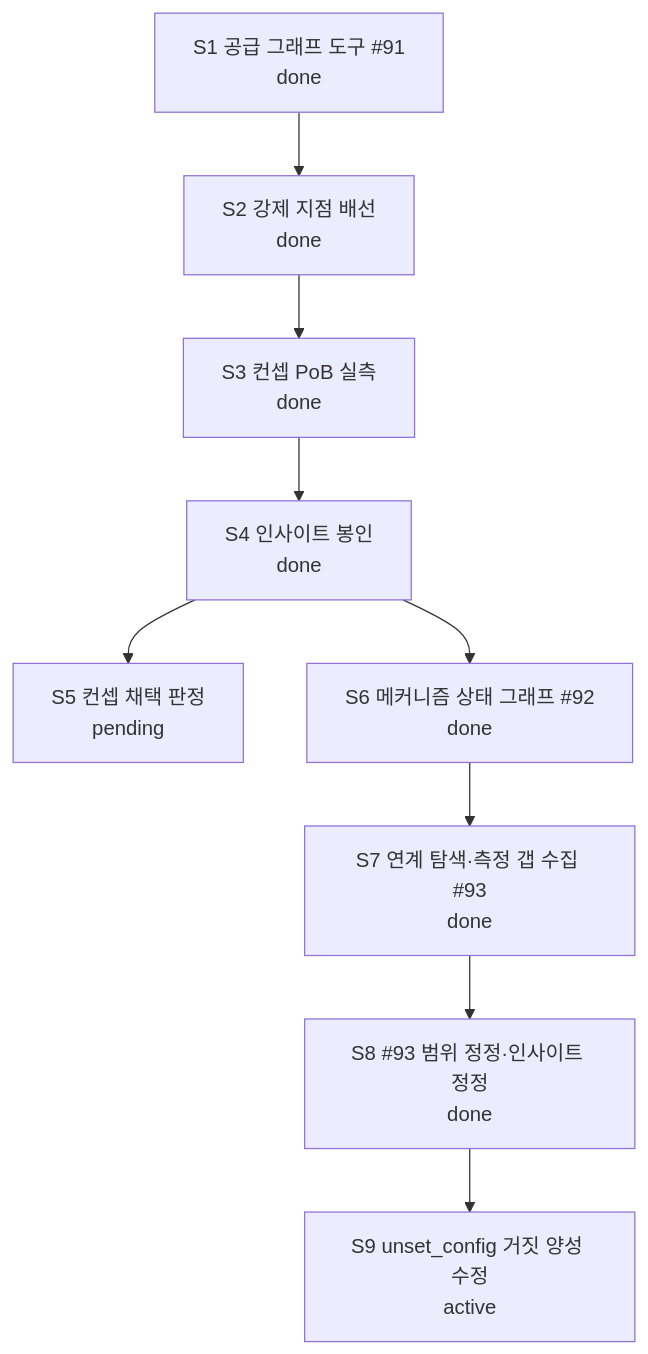
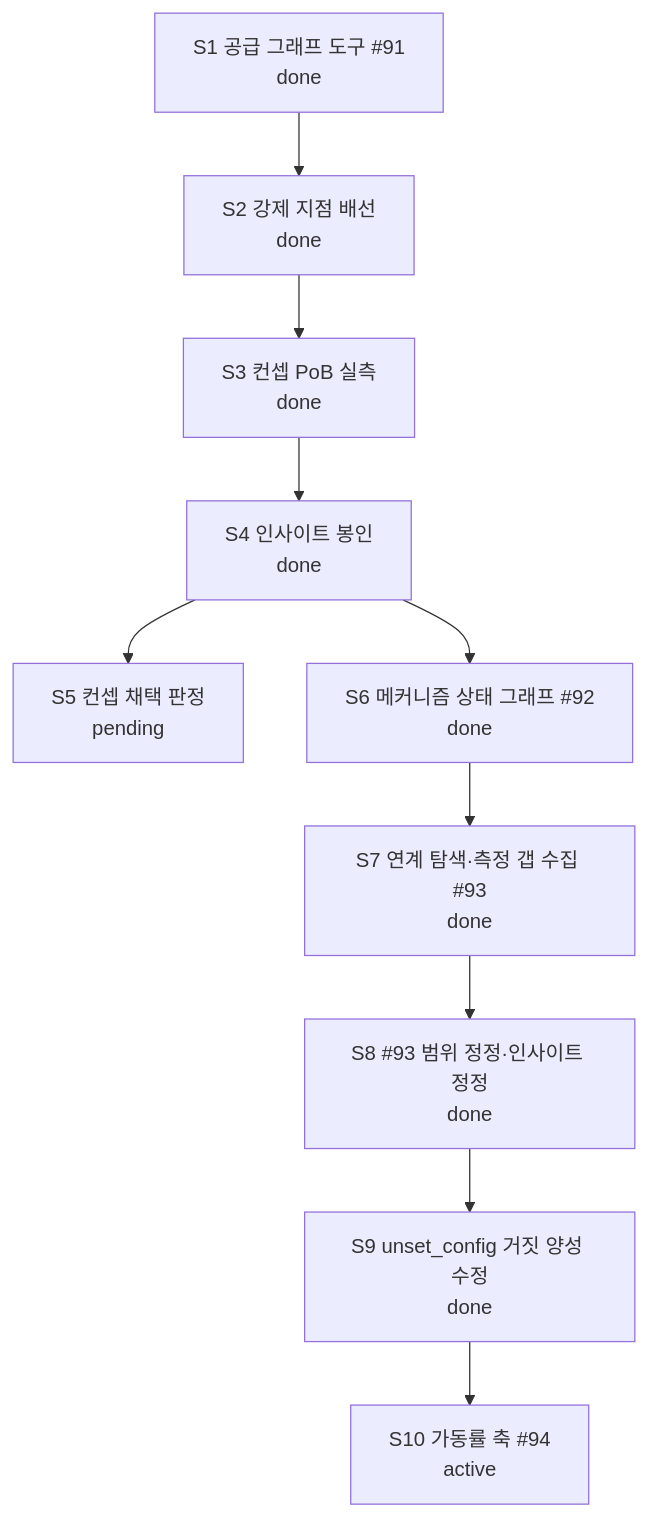
The diagram in docs/CURRENT-PLAN.md (skerfolg/poe2-ai-wiki), drawn with Mermaid before and after one commit. The commit also changed other lines of this file and 4 other files, not shown here.

````diff
--- a/docs/CURRENT-PLAN.md
+++ b/docs/CURRENT-PLAN.md
@@ -22,14 +22,15 @@
 ```mermaid
 flowchart TD
   TOOL["S1 공급 그래프 도구 #91<br/>done"]
   WIRE["S2 강제 지점 배선<br/>done"]
   MEASURE["S3 컨셉 PoB 실측<br/>done"]
   SEAL["S4 인사이트 봉인<br/>done"]
   VERDICT["S5 컨셉 채택 판정<br/>pending"]
   MECH["S6 메커니즘 상태 그래프 #92<br/>done"]
   GAPS["S7 연계 탐색·측정 갭 수집 #93<br/>done"]
   FIX["S8 #93 범위 정정·인사이트 정정<br/>done"]
-  ROOT["S9 unset_config 거짓 양성 수정<br/>active"]
+  ROOT["S9 unset_config 거짓 양성 수정<br/>done"]
+  UP["S10 가동률 축 #94<br/>active"]
   TOOL --> WIRE --> MEASURE --> SEAL --> VERDICT
-  SEAL --> MECH --> GAPS --> FIX --> ROOT
+  SEAL --> MECH --> GAPS --> FIX --> ROOT --> UP
 ```
````
